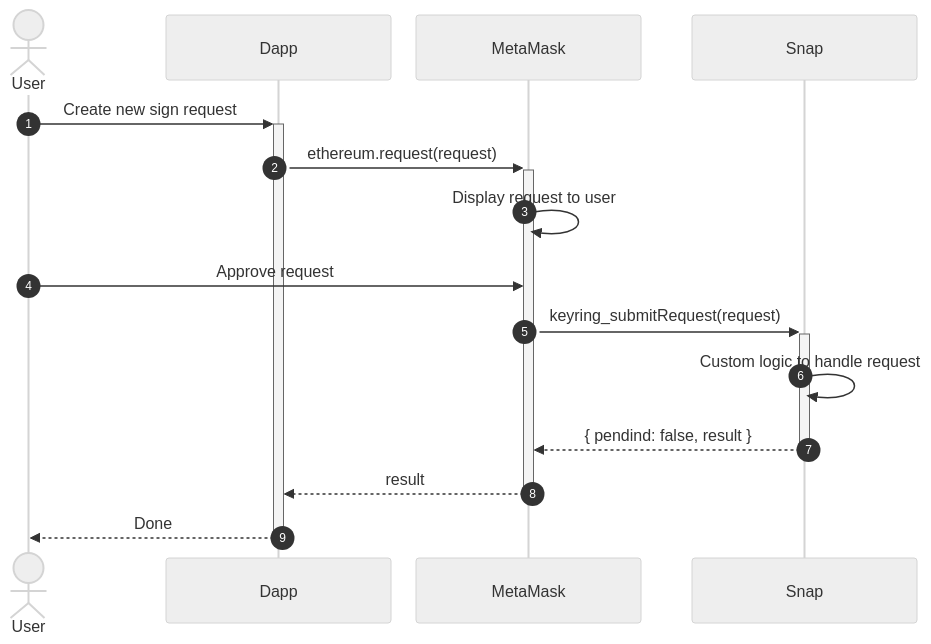
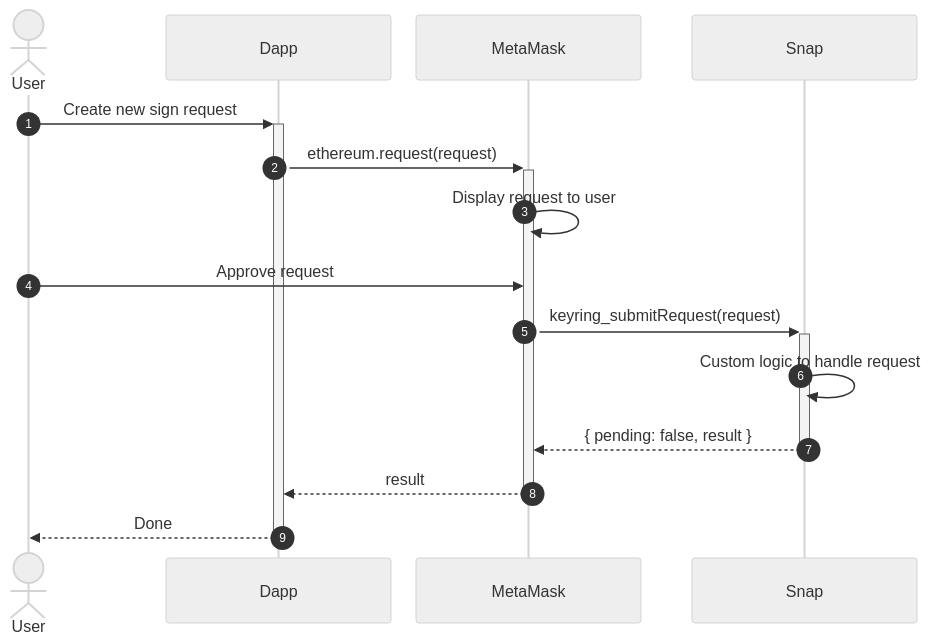
Before and after one commit to MetaMask/metamask-docs: the fourth of 5 diagrams in snaps/concepts/keyring-api.md, drawn with Mermaid (neutral theme).

Commit message:
Typo: pendind -> pending

````diff
--- a/snaps/concepts/keyring-api.md
+++ b/snaps/concepts/keyring-api.md
@@ -168,31 +168,31 @@
 ```mermaid
 %%{
   init: {
     'sequence': {
       'actorMargin': 25,
       'width': 225
     }
   }
 }%%
 
 sequenceDiagram
 autonumber
 
 actor User
 participant Dapp
 participant MetaMask
 participant Snap
 
 User ->>+ Dapp: Create new sign request
 Dapp ->>+ MetaMask: ethereum.request(request)
 MetaMask ->> MetaMask: Display request to user
 User ->> MetaMask: Approve request
 
 MetaMask ->>+ Snap: keyring_submitRequest(request)
 Snap ->> Snap: Custom logic to handle request
-Snap -->>- MetaMask: { pendind: false, result }
+Snap -->>- MetaMask: { pending: false, result }
 
 MetaMask -->>- Dapp: result
 
 Dapp -->>- User: Done
 ```
````
